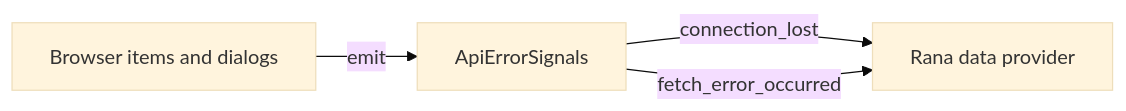
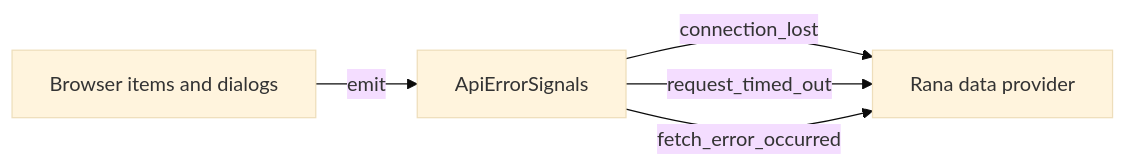
One commit to nens/rana-qgis-plugin changed the first of 7 diagrams in doc/signals.md. Above: the diagram before and after it, drawn with Mermaid (base theme). The commit also changed other lines of this file and 16 other files, not shown here.

````diff
--- a/doc/signals.md
+++ b/doc/signals.md
@@ -12,6 +12,7 @@
 ```mermaid
 flowchart LR
     Items[Browser items and dialogs] -->|emit| Errors[ApiErrorSignals]
     Errors -->|connection_lost| Provider[Rana data provider]
+    Errors -->|request_timed_out| Provider
     Errors -->|fetch_error_occurred| Provider
 ```
````
